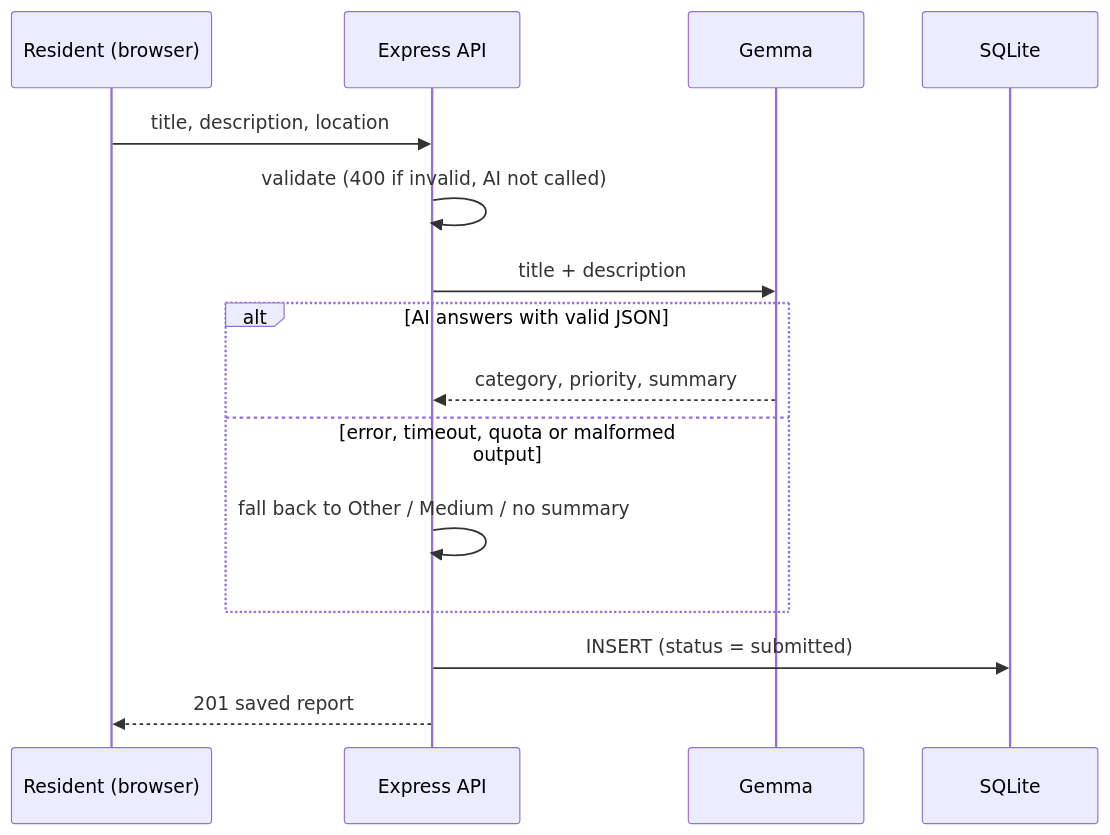
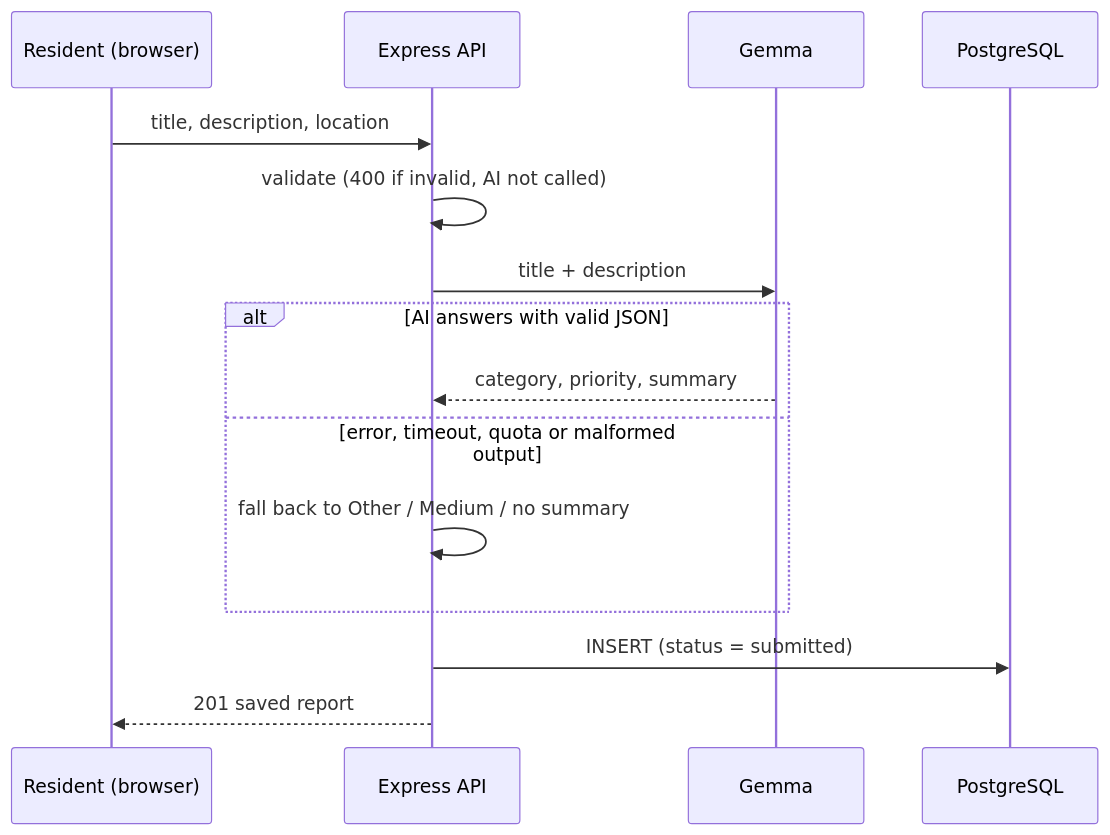
The second of 2 diagrams in README.md (rudrarajsinh920/Civicsense), drawn with Mermaid before and after one commit. The commit also changed other lines of this file and 21 other files, not shown here.

First line of the commit message:
Migrate to PostgreSQL and prepare Vercel deployment

````diff
--- a/README.md
+++ b/README.md
@@ -81,17 +83,17 @@
 ```mermaid
 sequenceDiagram
     participant U as Resident (browser)
     participant API as Express API
     participant AI as Gemma
-    participant DB as SQLite
+    participant DB as PostgreSQL
     U->>API: title, description, location
     API->>API: validate (400 if invalid, AI not called)
     API->>AI: title + description
     alt AI answers with valid JSON
         AI-->>API: category, priority, summary
     else error, timeout, quota or malformed output
         API->>API: fall back to Other / Medium / no summary
     end
     API->>DB: INSERT (status = submitted)
     API-->>U: 201 saved report
 ```
````
